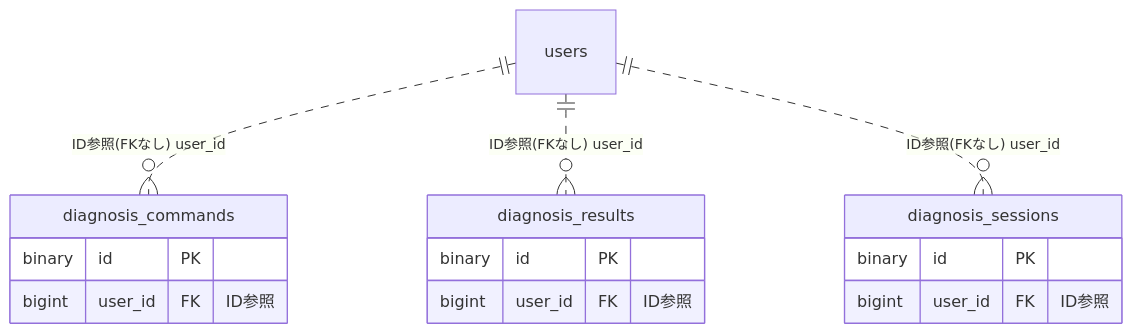
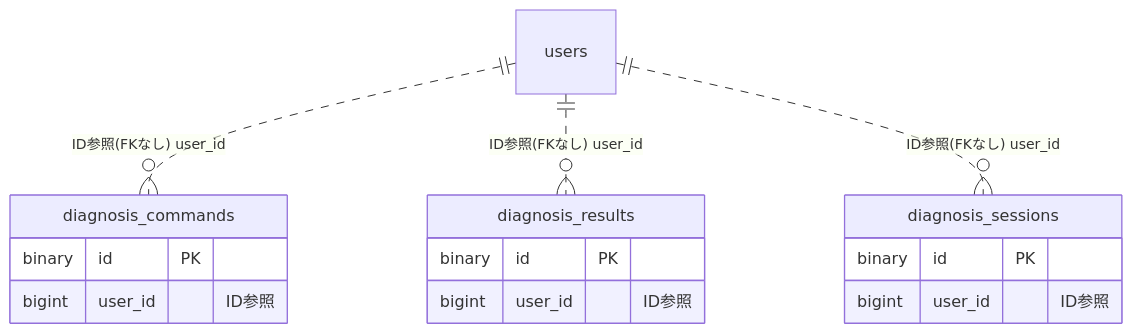
The diagram in docs/architecture/er/diagnosis.md (kenta-0420/mannschaft), drawn with Mermaid before and after one commit. The commit also changed other lines of this file and 115 other files, not shown here.

Commit message:
改善: ER図のFKマーカーを実FKのみに限定し、被参照の逆引き節とREADME凡例を追加 (PR #4268)

````diff
--- a/docs/architecture/er/diagnosis.md
+++ b/docs/architecture/er/diagnosis.md
@@ -12,19 +12,19 @@
 ```mermaid
 erDiagram
     diagnosis_commands {
         binary id PK
-        bigint user_id FK "ID参照"
+        bigint user_id "ID参照"
     }
     diagnosis_results {
         binary id PK
-        bigint user_id FK "ID参照"
+        bigint user_id "ID参照"
     }
     diagnosis_sessions {
         binary id PK
-        bigint user_id FK "ID参照"
+        bigint user_id "ID参照"
     }
     users
     users ||..o{ diagnosis_commands : "ID参照(FKなし) user_id"
     users ||..o{ diagnosis_results : "ID参照(FKなし) user_id"
     users ||..o{ diagnosis_sessions : "ID参照(FKなし) user_id"
 ```
````
